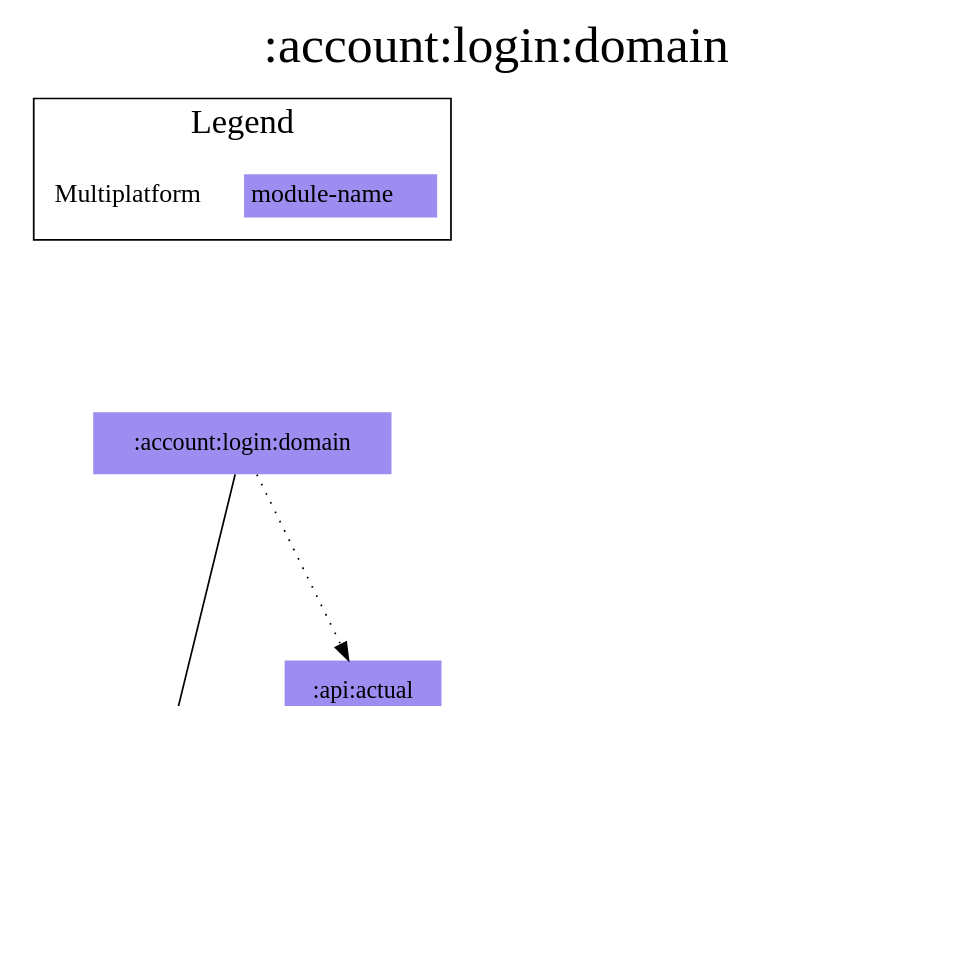
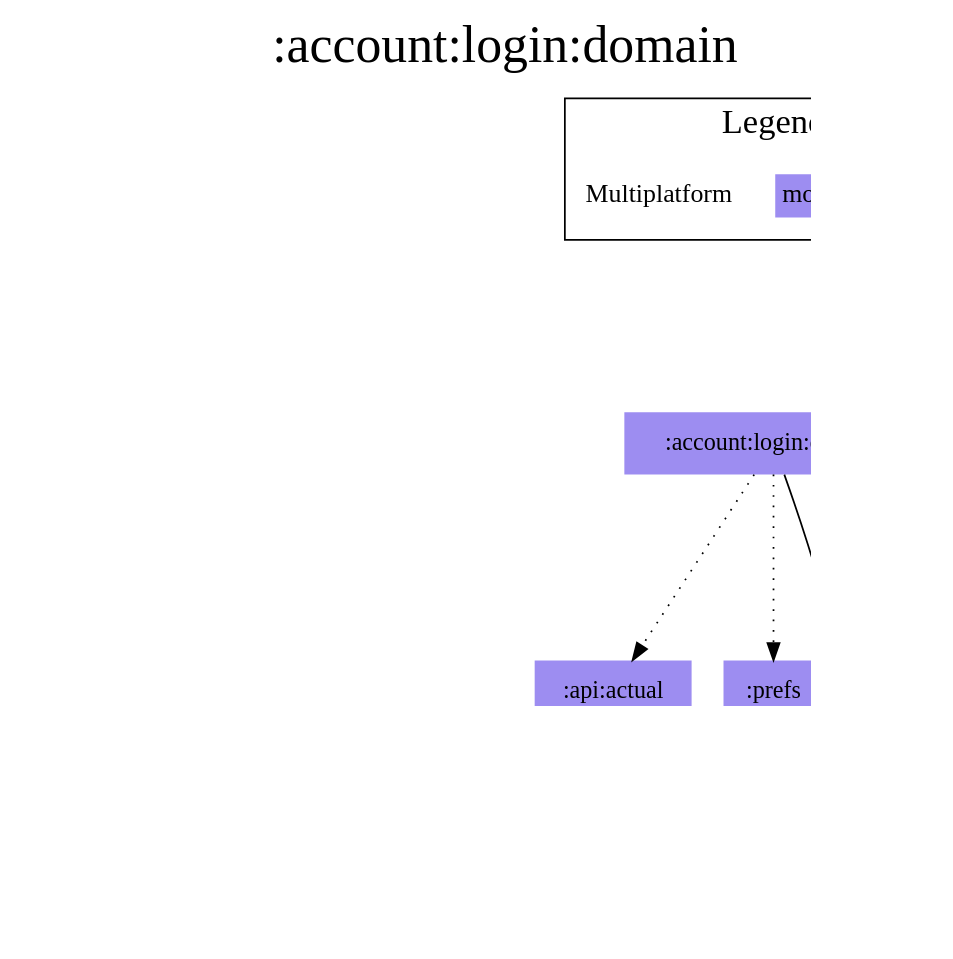
Before and after one commit to jonapoul/aktual: the diagram in modules/account/login/domain/modules.dot, drawn with Graphviz. The commit also changed 56 other files, not shown here.

```diff
--- a/modules/account/login/domain/modules.dot
+++ b/modules/account/login/domain/modules.dot
@@ -1,30 +1,34 @@
 digraph {
 edge ["dir"="forward"]
 graph ["dpi"="100","label"=":account:login:domain","labelloc"="t","fontsize"="30","ranksep"="1.5","rankdir"="TB"]
 node ["style"="filled"]
 ":account:login:domain" ["fillcolor"="#9D8DF1","shape"="none"]
 ":account:model" ["fillcolor"="#9D8DF1","shape"="none"]
 ":api:actual" ["fillcolor"="#9D8DF1","shape"="none"]
 ":budget:model" ["fillcolor"="#9D8DF1","shape"="none"]
 ":codegen:annotation" ["fillcolor"="#9D8DF1","shape"="none"]
 ":core:model" ["fillcolor"="#9D8DF1","shape"="none"]
+":prefs" ["fillcolor"="#9D8DF1","shape"="none"]
 {
 edge ["dir"="none"]
 graph ["rank"="same"]
 }
 ":account:login:domain" -> ":account:model"
 ":account:login:domain" -> ":api:actual" ["style"="dotted"]
+":account:login:domain" -> ":prefs" ["style"="dotted"]
 ":api:actual" -> ":account:model"
 ":api:actual" -> ":budget:model"
 ":api:actual" -> ":codegen:annotation" ["style"="dotted"]
 ":api:actual" -> ":core:model"
+":prefs" -> ":account:model"
+":prefs" -> ":core:model"
 subgraph "cluster_legend" {
 edge ["dir"="none"]
 graph ["label"="Legend","fontsize"="20"]
 "Legend" ["style"="filled","fillcolor"="#FFFFFF","shape"="none","margin"="0","fontsize"="15","label"=<
 <TABLE BORDER="0" CELLBORDER="0" CELLSPACING="0" CELLPADDING="4">
 <TR><TD>Multiplatform</TD><TD BGCOLOR="#9D8DF1">module-name</TD></TR>
 </TABLE>
 >]
 } -> ":account:login:domain" ["style"="invis"]
 }
```
